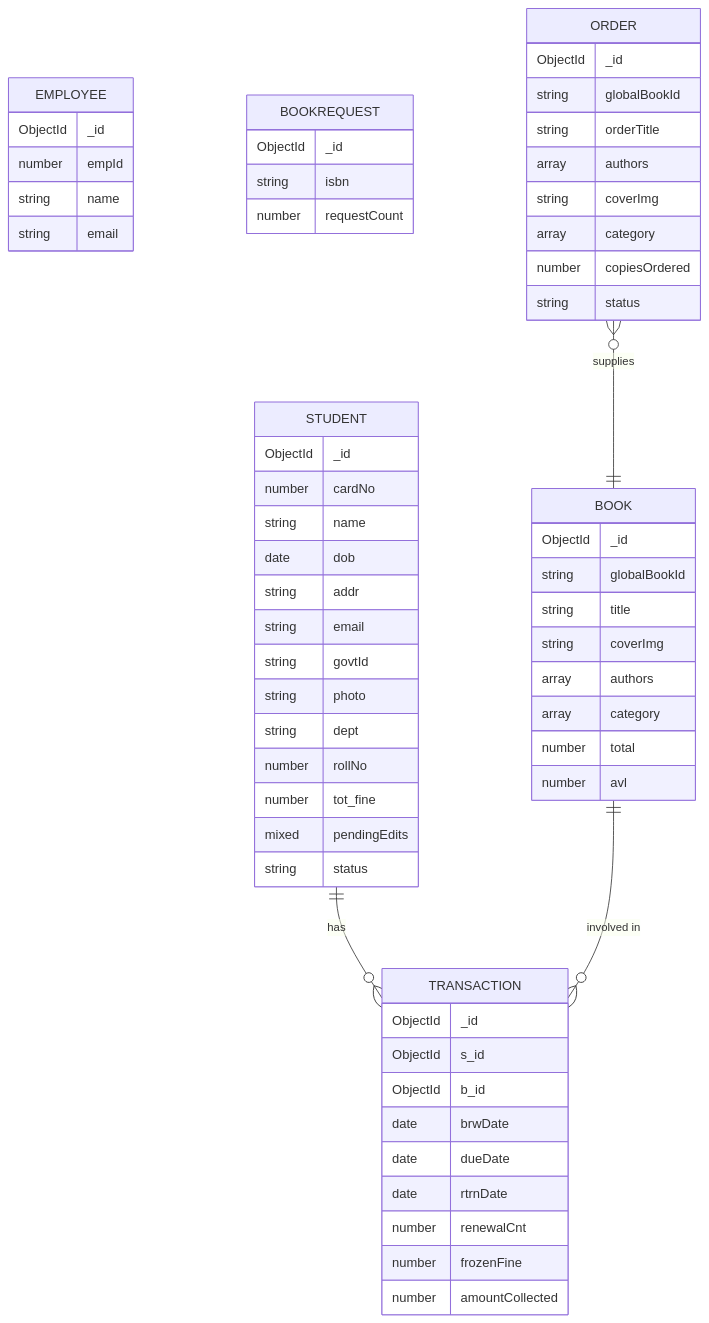
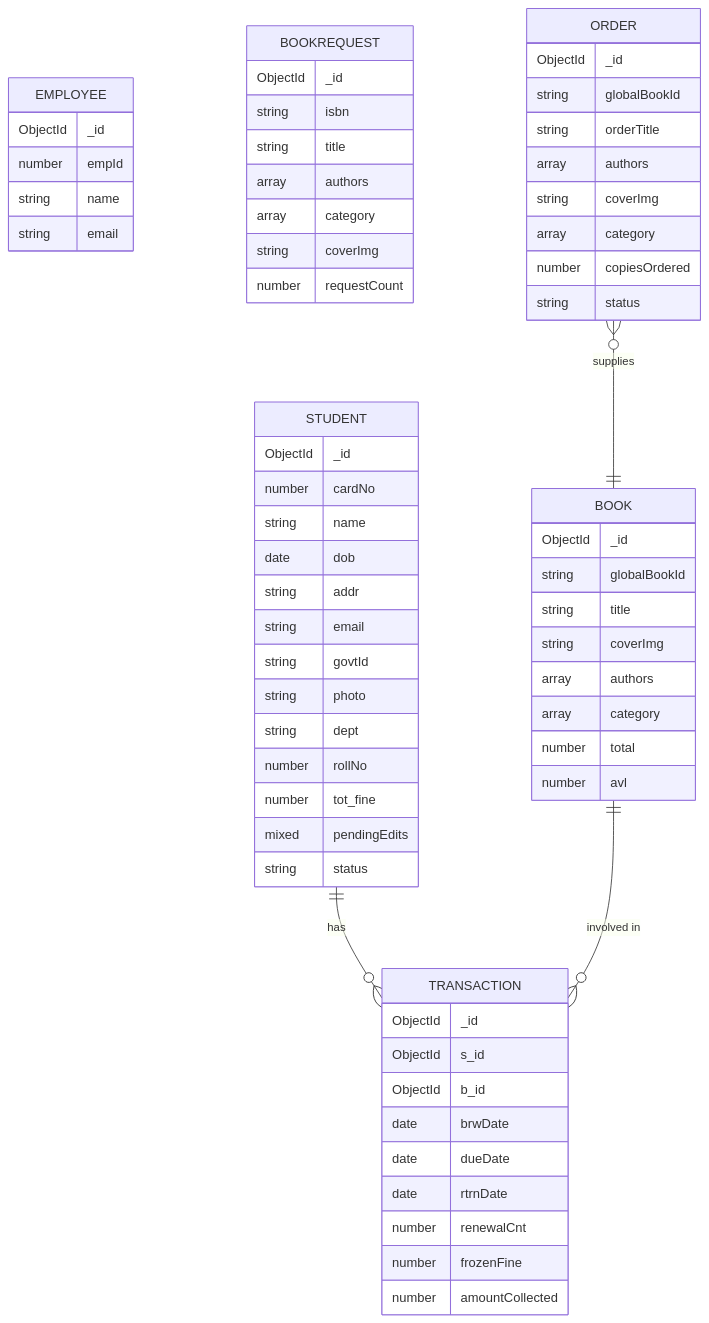
Before and after one commit to deboditray2004/LibProj: the diagram in README.md, drawn with Mermaid. The commit also changed other lines of this file and 5 other files, not shown here.

````diff
--- a/README.md
+++ b/README.md
@@ -33,63 +33,67 @@
 ```mermaid
 erDiagram
     STUDENT {
         ObjectId _id
         number cardNo
         string name
         date dob
         string addr
         string email
         string govtId
         string photo
         string dept
         number rollNo
         number tot_fine
         mixed pendingEdits
         string status
     }
     EMPLOYEE {
         ObjectId _id
         number empId
         string name
         string email
     }
     BOOK {
         ObjectId _id
         string globalBookId
         string title
         string coverImg
         array authors
         array category
         number total
         number avl
     }
     BOOKREQUEST {
         ObjectId _id
         string isbn
+        string title
+        array authors
+        array category
+        string coverImg
         number requestCount
     }
     ORDER {
         ObjectId _id
         string globalBookId
         string orderTitle
         array authors
         string coverImg
         array category
         number copiesOrdered
         string status
     }
     TRANSACTION {
         ObjectId _id
         ObjectId s_id
         ObjectId b_id
         date brwDate
         date dueDate
         date rtrnDate
         number renewalCnt
         number frozenFine
         number amountCollected
     }
     STUDENT ||--o{ TRANSACTION : "has"
     BOOK ||--o{ TRANSACTION : "involved in"
     ORDER }o--|| BOOK : "supplies"
 ```
````
